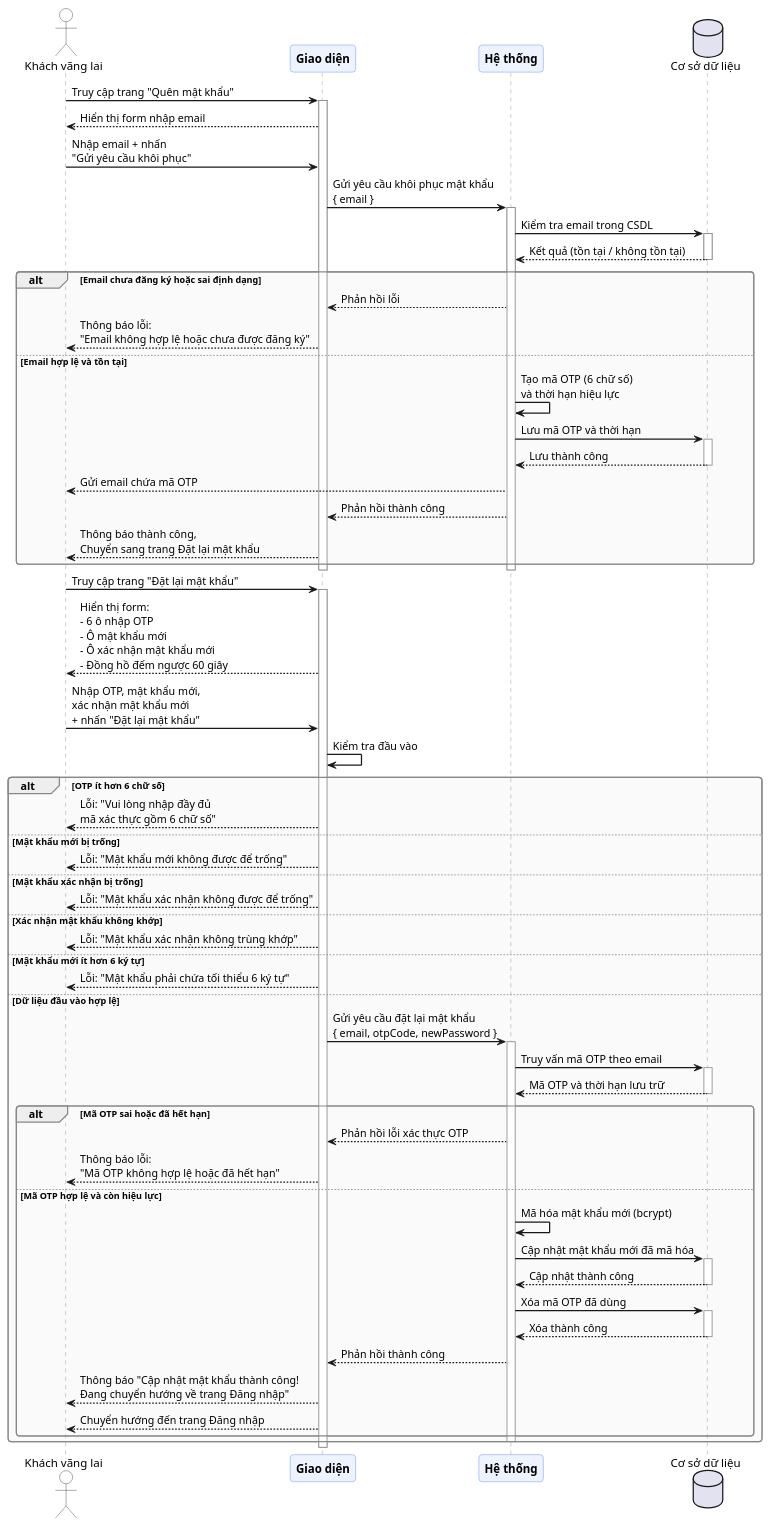
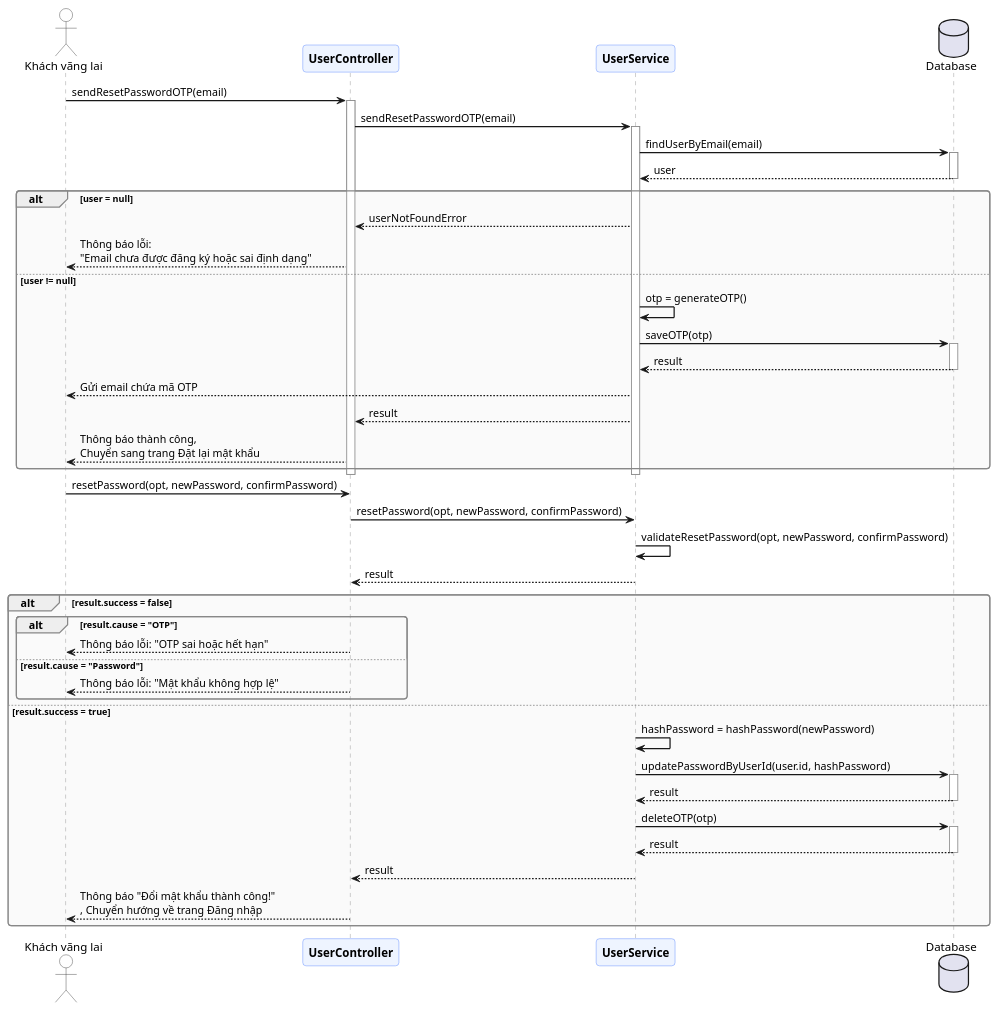
The diagram in doc/sequence/reset_password_sequence.puml (VoLeKhanhDuy-2005/Language-Learning), drawn with PlantUML before and after one commit. The commit also changed 1 other file, not shown here.

```diff
--- a/doc/sequence/reset_password_sequence.puml
+++ b/doc/sequence/reset_password_sequence.puml
@@ -1,117 +1,88 @@
 @startuml Reset_Password_Sequence
 skinparam sequenceArrowThickness 1.5
 skinparam roundcorner 8
 skinparam responseMessageBelowArrow true
 skinparam sequenceGroupBorderThickness 1.5
 
 skinparam participant {
     BackgroundColor #EEF4FF
     BorderColor     #4A7CFF
     FontStyle       Bold
 }
 skinparam actor {
     BackgroundColor #FEFEFE
     BorderColor     #333333
 }
 skinparam sequence {
     LifeLineBorderColor  #888888
     GroupBorderColor     #888888
     GroupBodyBackgroundColor #FAFAFA
     DividerBackgroundColor   #E8E8E8
 }
 actor       "Khách vãng lai"    as User
-participant "Giao diện"     as UI
-participant "Hệ thống"      as Sys
-database    "Cơ sở dữ liệu" as DB
+participant "UserController"     as controller
+participant "UserService"      as service
+database    "Database" as DB
 
-User -> UI  : Truy cập trang "Quên mật khẩu"
-activate UI
-UI   --> User : Hiển thị form nhập email
+User -> controller : sendResetPasswordOTP(email)
+activate controller
 
-User -> UI  : Nhập email + nhấn\n"Gửi yêu cầu khôi phục"
+controller   -> service : sendResetPasswordOTP(email)
+activate service
 
-UI   -> Sys : Gửi yêu cầu khôi phục mật khẩu\n{ email }
-activate Sys
-
-Sys  -> DB  : Kiểm tra email trong CSDL
+service  -> DB  : findUserByEmail(email)
 activate DB
-DB   --> Sys : Kết quả (tồn tại / không tồn tại)
+DB   --> service : user
 deactivate DB
 
-alt Email chưa đăng ký hoặc sai định dạng
-    Sys  --> UI   : Phản hồi lỗi
-    UI   --> User : Thông báo lỗi:\n"Email không hợp lệ hoặc chưa được đăng ký"
+alt user = null
+    service  --> controller : userNotFoundError
+    controller   --> User : Thông báo lỗi:\n"Email chưa được đăng ký hoặc sai định dạng"
 
-else Email hợp lệ và tồn tại
-    Sys  -> Sys  : Tạo mã OTP (6 chữ số)\nvà thời hạn hiệu lực
-    Sys  -> DB   : Lưu mã OTP và thời hạn
+else user != null
+    service  -> service  : otp = generateOTP()
+    service  -> DB   : saveOTP(otp)
     activate DB
-    DB   --> Sys : Lưu thành công
+    DB   --> service : result
     deactivate DB
 
-    Sys --> User: Gửi email chứa mã OTP
-    Sys  --> UI  : Phản hồi thành công
-    UI  --> User : Thông báo thành công,\nChuyển sang trang Đặt lại mật khẩu
+    service --> User: Gửi email chứa mã OTP
+    service  --> controller  : result
+    controller  --> User : Thông báo thành công,\nChuyển sang trang Đặt lại mật khẩu
 end
 
-deactivate Sys
-deactivate UI
+deactivate service
+deactivate controller
 
-User -> UI  : Truy cập trang "Đặt lại mật khẩu"
-activate UI
-UI   --> User : Hiển thị form:\n- 6 ô nhập OTP\n- Ô mật khẩu mới\n- Ô xác nhận mật khẩu mới\n- Đồng hồ đếm ngược 60 giây
+User -> controller  : resetPassword(opt, newPassword, confirmPassword)
 
-User -> UI  : Nhập OTP, mật khẩu mới,\nxác nhận mật khẩu mới\n+ nhấn "Đặt lại mật khẩu"
+controller -> service  : resetPassword(opt, newPassword, confirmPassword)
 
-UI   -> UI  : Kiểm tra đầu vào
+service -> service  : validateResetPassword(opt, newPassword, confirmPassword)
 
-alt OTP ít hơn 6 chữ số
-    UI   --> User : Lỗi: "Vui lòng nhập đầy đủ\nmã xác thực gồm 6 chữ số"
+service --> controller: result
 
-else Mật khẩu mới bị trống
-    UI   --> User : Lỗi: "Mật khẩu mới không được để trống"
+alt result.success = false
+    alt result.cause = "OTP"
+        controller   --> User : Thông báo lỗi: "OTP sai hoặc hết hạn"
+    else result.cause = "Password"
+        controller   --> User : Thông báo lỗi: "Mật khẩu không hợp lệ"
+    end
+else result.success = true
+    service  -> service  : hashPassword = hashPassword(newPassword)
 
-else Mật khẩu xác nhận bị trống
-    UI   --> User : Lỗi: "Mật khẩu xác nhận không được để trống"
-
-else Xác nhận mật khẩu không khớp
-    UI   --> User : Lỗi: "Mật khẩu xác nhận không trùng khớp"
-
-else Mật khẩu mới ít hơn 6 ký tự
-    UI   --> User : Lỗi: "Mật khẩu phải chứa tối thiểu 6 ký tự"
-
-else Dữ liệu đầu vào hợp lệ
-    UI   -> Sys  : Gửi yêu cầu đặt lại mật khẩu\n{ email, otpCode, newPassword }
-    activate Sys
-
-    Sys  -> DB   : Truy vấn mã OTP theo email
+    service  -> DB : updatePasswordByUserId(user.id, hashPassword)
     activate DB
-    DB   --> Sys : Mã OTP và thời hạn lưu trữ
+    DB   --> service : result
     deactivate DB
 
-    alt Mã OTP sai hoặc đã hết hạn
-        Sys  --> UI   : Phản hồi lỗi xác thực OTP
-        UI   --> User : Thông báo lỗi:\n"Mã OTP không hợp lệ hoặc đã hết hạn"
+    service  -> DB : deleteOTP(otp)
+    activate DB
+    DB   --> service : result
+    deactivate DB
 
-    else Mã OTP hợp lệ và còn hiệu lực
-        Sys  -> Sys  : Mã hóa mật khẩu mới (bcrypt)
-
-        Sys  -> DB   : Cập nhật mật khẩu mới đã mã hóa
-        activate DB
-        DB   --> Sys : Cập nhật thành công
-        deactivate DB
-
-        Sys  -> DB   : Xóa mã OTP đã dùng
-        activate DB
-        DB   --> Sys : Xóa thành công
-        deactivate DB
-
-        Sys  --> UI  : Phản hồi thành công
-        UI   --> User : Thông báo "Cập nhật mật khẩu thành công!\nĐang chuyển hướng về trang Đăng nhập"
-        UI   --> User : Chuyển hướng đến trang Đăng nhập
-    end
-
-    deactivate Sys
+    service  --> controller : result
+    controller   --> User : Thông báo "Đổi mật khẩu thành công!"\n, Chuyển hướng về trang Đăng nhập
 end
-deactivate UI
+deactivate controller
 @enduml
```
